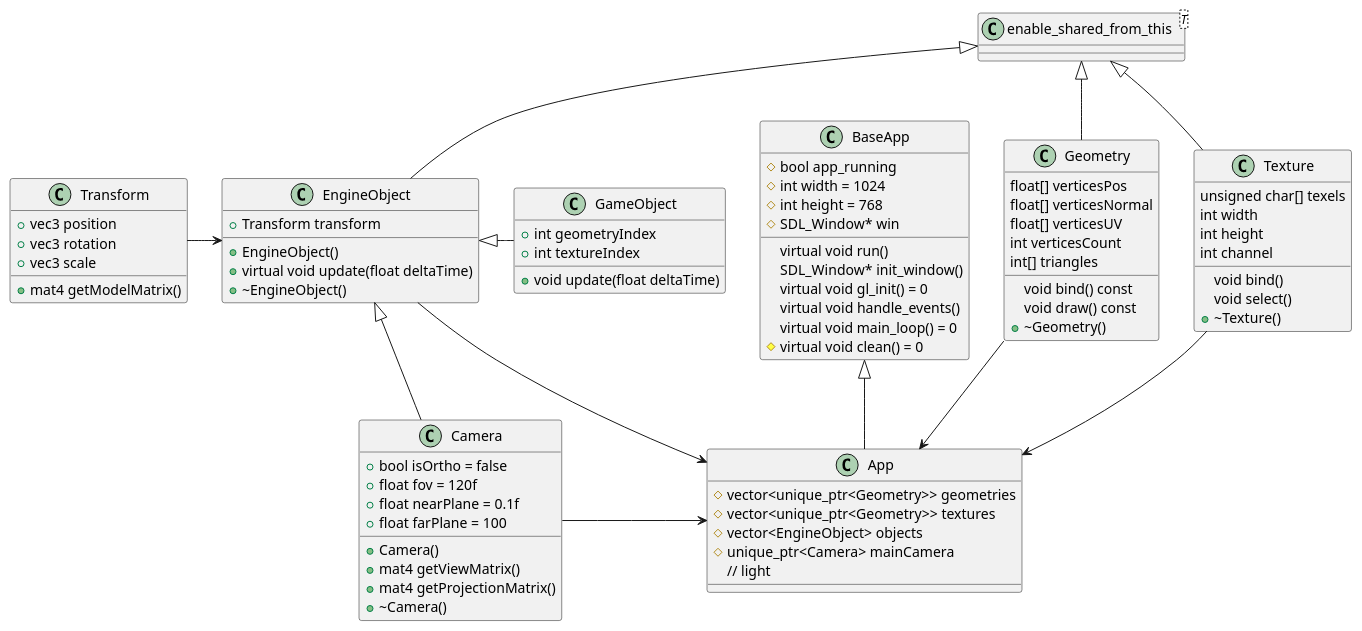
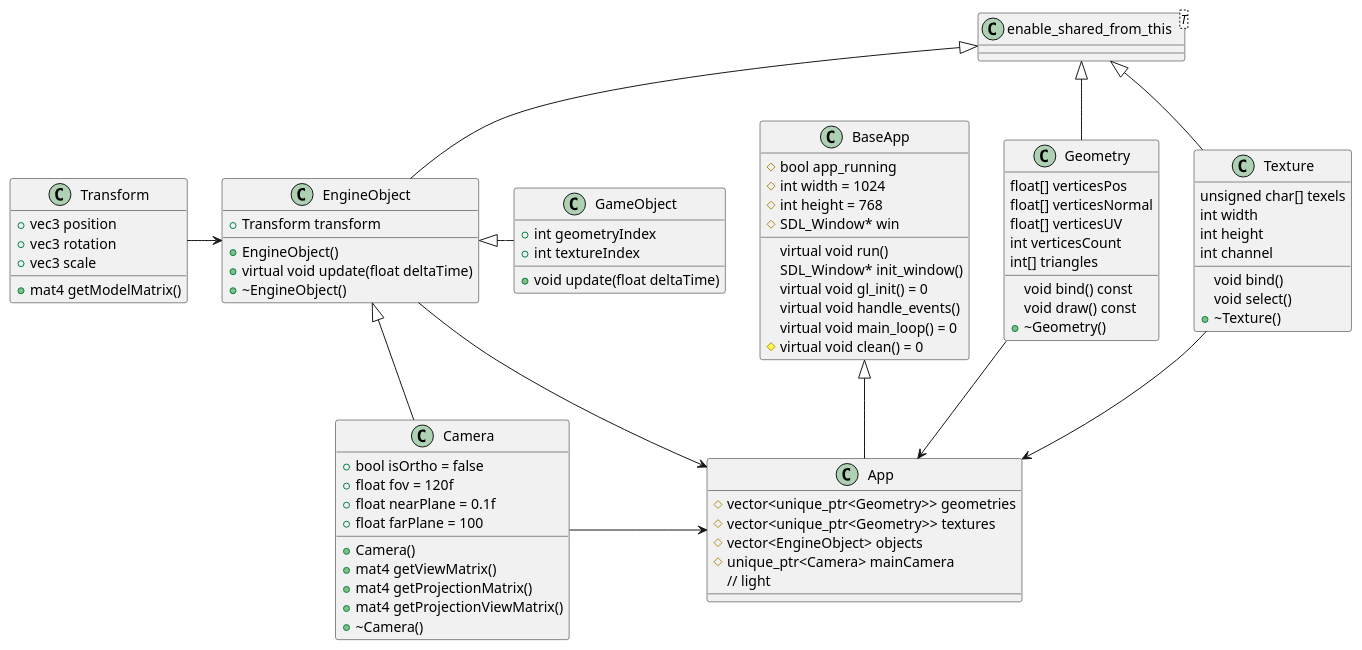
Before and after one commit to TheScientist14/RenderingEngine: the diagram in ClassDiagram.puml, drawn with PlantUML. The commit also changed 6 other files, not shown here.

```diff
--- a/ClassDiagram.puml
+++ b/ClassDiagram.puml
@@ -1,126 +1,127 @@
 @startuml
 'https://plantuml.com/class-diagram
 
 'abstract class AbstractList
 'abstract AbstractCollection
 'interface List
 'interface Collection
 '
 'List <|-- AbstractList
 'Collection <|-- AbstractCollection
 '
 'Collection <|- List
 'AbstractCollection <|- AbstractList
 'AbstractList <|-- ArrayList
 '
 'class ArrayList {
 'Object[] elementData
 'size()
 '}
 '
 'enum TimeUnit {
 'DAYS
 'HOURS
 'MINUTES
 '}
 
 class enable_shared_from_this<T>
 
 BaseApp <|-- App
 
 Geometry --> App
 Texture --> App
 Camera -> App
 
 enable_shared_from_this <|-- EngineObject
 enable_shared_from_this <|-- Geometry
 enable_shared_from_this <|-- Texture
 
 EngineObject <|-- Camera
 EngineObject <|- GameObject
 
 EngineObject --> App
 
 Transform -> EngineObject
 
 class BaseApp {
     #bool app_running
     #int width = 1024
     #int height = 768
     #SDL_Window* win
 
     virtual void run()
     SDL_Window* init_window()
     virtual void gl_init() = 0
     virtual void handle_events()
     virtual void main_loop() = 0
     #virtual void clean() = 0
 }
 
 class App {
     #vector<unique_ptr<Geometry>> geometries
     #vector<unique_ptr<Geometry>> textures
     #vector<EngineObject> objects
     #unique_ptr<Camera> mainCamera
     // light
 }
 
 class Geometry {
     float[] verticesPos
     float[] verticesNormal
     float[] verticesUV
     int verticesCount
     int[] triangles
 
     void bind() const
     void draw() const
     +~Geometry()
 }
 
 class Texture {
     unsigned char[] texels
     int width
     int height
     int channel
 
     void bind()
     void select()
     +~Texture()
 }
 
 class Camera {
     +bool isOrtho = false
     +float fov = 120f
     +float nearPlane = 0.1f
     +float farPlane = 100
 
     +Camera()
     +mat4 getViewMatrix()
     +mat4 getProjectionMatrix()
+    +mat4 getProjectionViewMatrix()
     +~Camera()
 }
 
 class Transform {
     +vec3 position
     +vec3 rotation
     +vec3 scale
 
     +mat4 getModelMatrix()
 }
 
 class EngineObject {
     +Transform transform
 
     +EngineObject()
     +virtual void update(float deltaTime)
     +~EngineObject()
 }
 
 class GameObject {
     +int geometryIndex
     +int textureIndex
 
     +void update(float deltaTime)
 }
 
 @enduml
```
